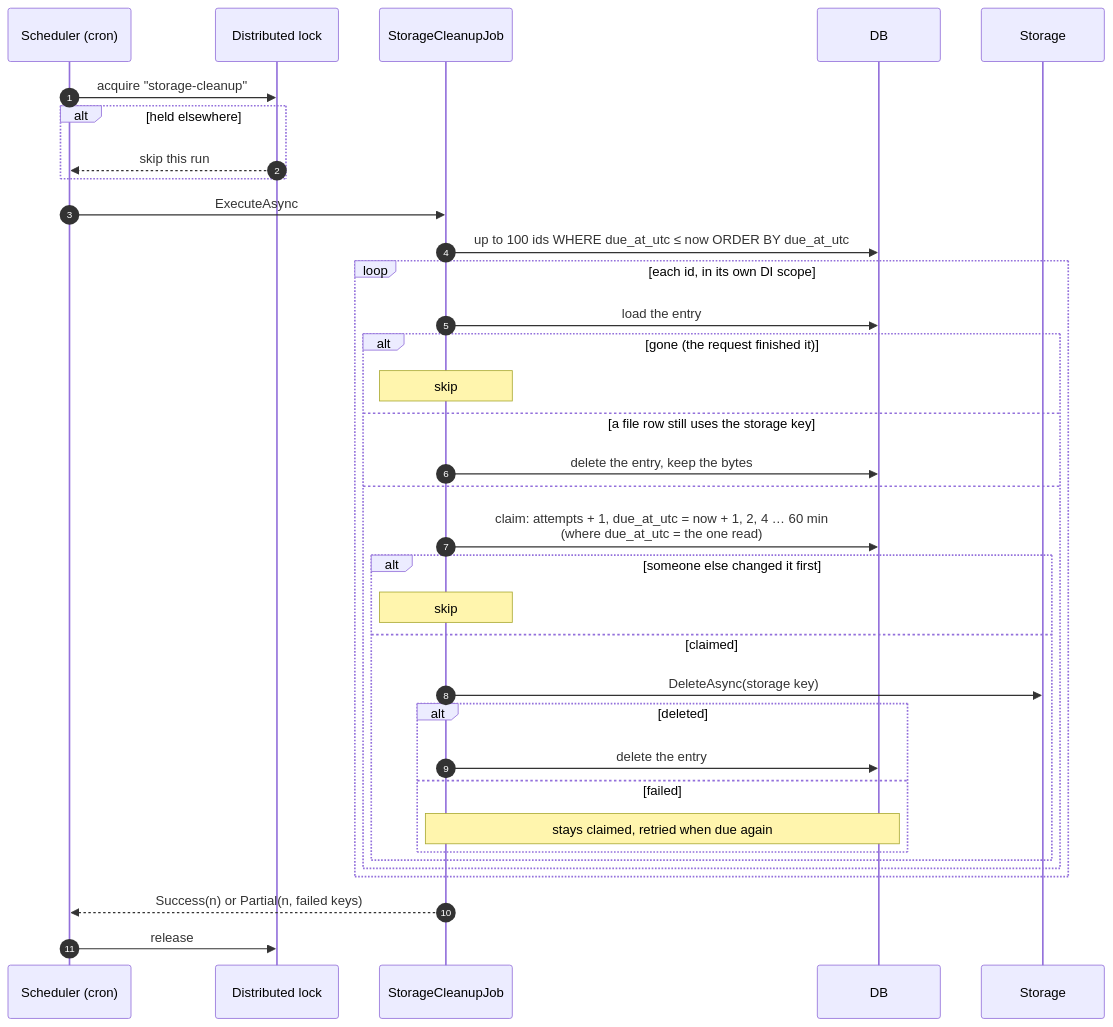
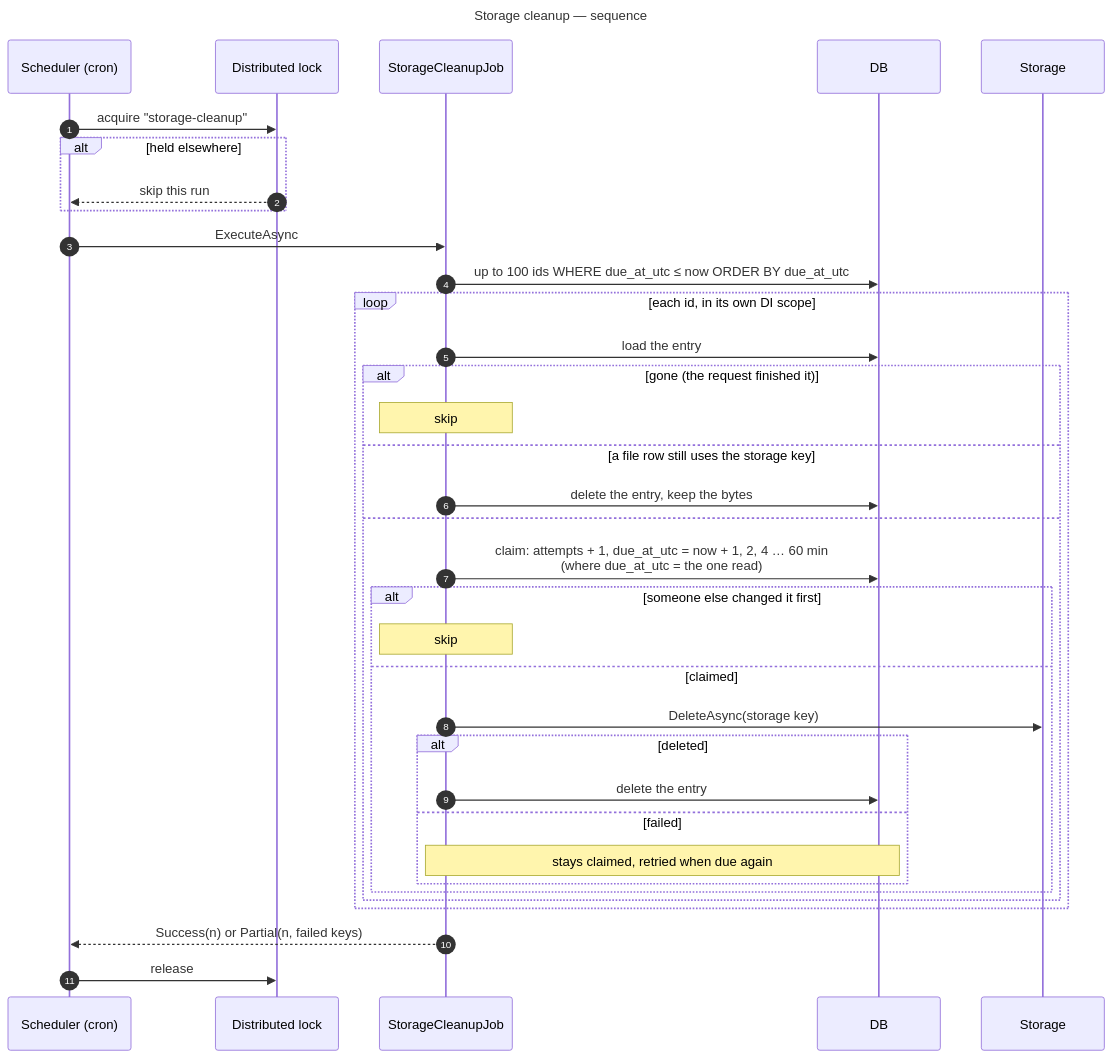
Diagram 12 of 14 in docs/sequence-diagrams.md (gmetskhvarishvili/GM.FileStorage.Samples), drawn with Mermaid before and after one commit. The commit also changed other lines of this file and 7 other files, not shown here.

First line of the commit message:
docs: name every diagram "subject — kind" and index them

````diff
--- a/docs/sequence-diagrams.md
+++ b/docs/sequence-diagrams.md
@@ -357,38 +388,41 @@
 ```mermaid
+---
+title: Storage cleanup — sequence
+---
 sequenceDiagram
     autonumber
     participant Q as Scheduler (cron)
     participant L as Distributed lock
     participant W as StorageCleanupJob
     participant DB
     participant S as Storage
 
     Q->>L: acquire "storage-cleanup"
     alt held elsewhere
         L-->>Q: skip this run
     end
     Q->>W: ExecuteAsync
     W->>DB: up to 100 ids WHERE due_at_utc ≤ now ORDER BY due_at_utc
     loop each id, in its own DI scope
         W->>DB: load the entry
         alt gone (the request finished it)
             Note over W: skip
         else a file row still uses the storage key
             W->>DB: delete the entry, keep the bytes
         else
             W->>DB: claim: attempts + 1, due_at_utc = now + 1, 2, 4 … 60 min<br/>(where due_at_utc = the one read)
             alt someone else changed it first
                 Note over W: skip
             else claimed
                 W->>S: DeleteAsync(storage key)
                 alt deleted
                     W->>DB: delete the entry
                 else failed
                     Note over W,DB: stays claimed, retried when due again
                 end
             end
         end
     end
     W-->>Q: Success(n) or Partial(n, failed keys)
     Q->>L: release
 ```
````
